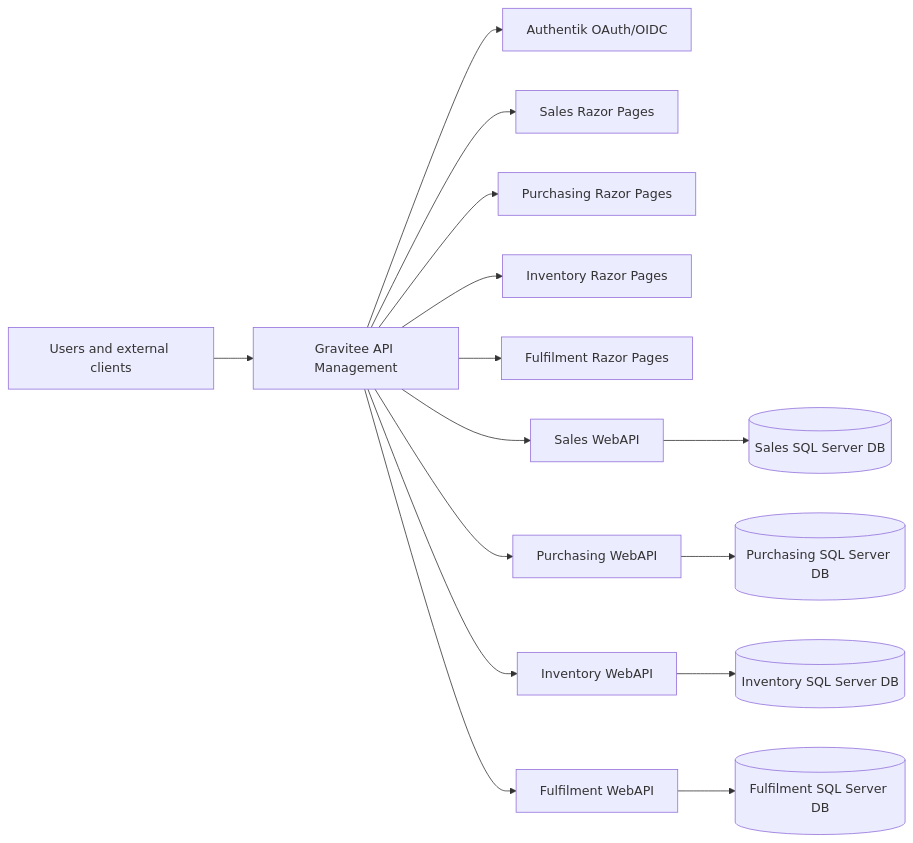
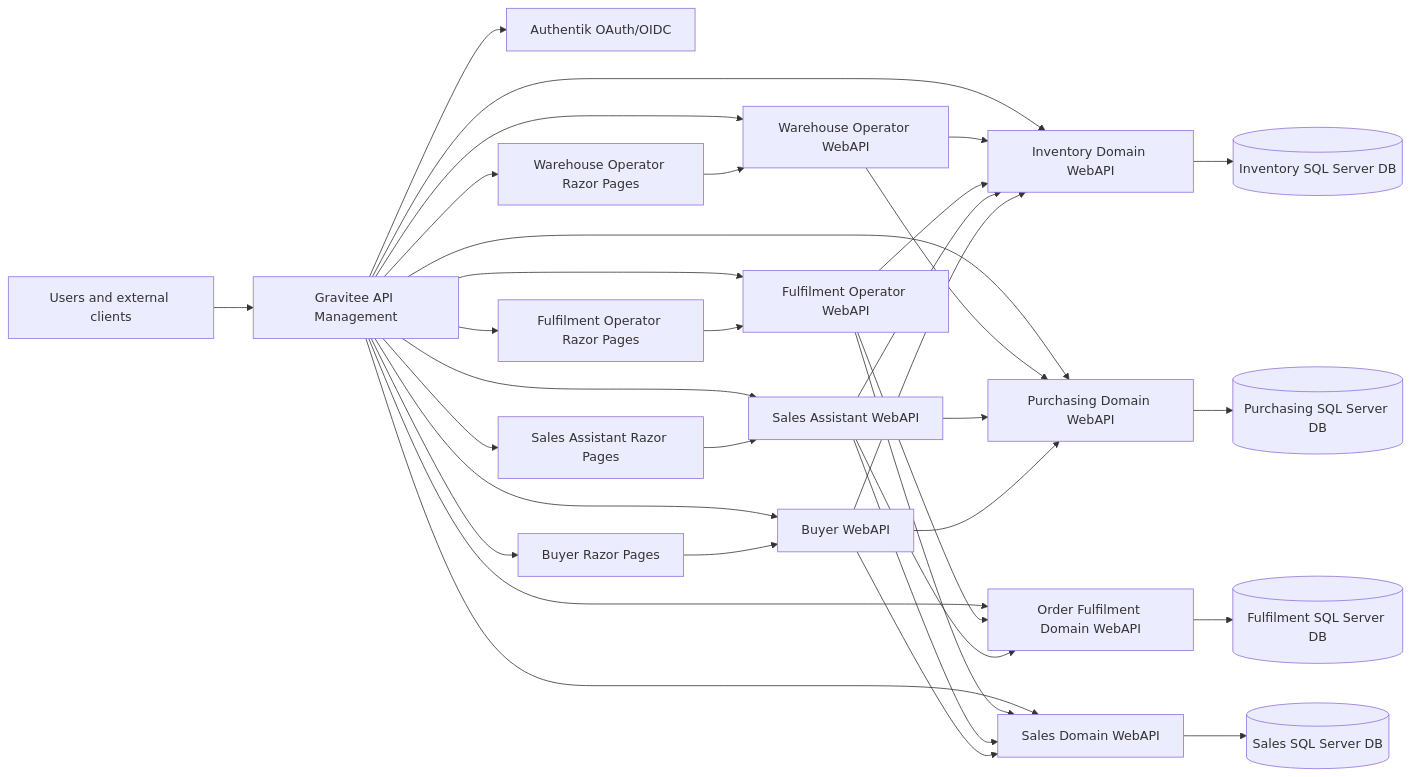
Before and after one commit to ben-cottrell/acme-erp: the diagram in docs/architecture/overview.md, drawn with Mermaid. The commit also changed other lines of this file and 34 other files, not shown here.

Commit message:
update architecture

````diff
--- a/docs/architecture/overview.md
+++ b/docs/architecture/overview.md
@@ -70,17 +86,37 @@
 ```mermaid
 flowchart LR
     User[Users and external clients] --> Gravitee[Gravitee API Management]
     Gravitee --> Authentik[Authentik OAuth/OIDC]
-    Gravitee --> SalesUi[Sales Razor Pages]
-    Gravitee --> PurchasingUi[Purchasing Razor Pages]
-    Gravitee --> InventoryUi[Inventory Razor Pages]
-    Gravitee --> FulfilmentUi[Fulfilment Razor Pages]
-    Gravitee --> SalesApi[Sales WebAPI]
-    Gravitee --> PurchasingApi[Purchasing WebAPI]
-    Gravitee --> InventoryApi[Inventory WebAPI]
-    Gravitee --> FulfilmentApi[Fulfilment WebAPI]
+    Gravitee --> WarehouseUi[Warehouse Operator Razor Pages]
+    Gravitee --> WarehouseApi[Warehouse Operator WebAPI]
+    Gravitee --> FulfilmentUi[Fulfilment Operator Razor Pages]
+    Gravitee --> FulfilmentAppApi[Fulfilment Operator WebAPI]
+    Gravitee --> SalesAssistantUi[Sales Assistant Razor Pages]
+    Gravitee --> SalesAssistantApi[Sales Assistant WebAPI]
+    Gravitee --> BuyerUi[Buyer Razor Pages]
+    Gravitee --> BuyerApi[Buyer WebAPI]
+    Gravitee --> SalesApi[Sales Domain WebAPI]
+    Gravitee --> PurchasingApi[Purchasing Domain WebAPI]
+    Gravitee --> InventoryApi[Inventory Domain WebAPI]
+    Gravitee --> FulfilmentApi[Order Fulfilment Domain WebAPI]
+    WarehouseUi --> WarehouseApi
+    FulfilmentUi --> FulfilmentAppApi
+    SalesAssistantUi --> SalesAssistantApi
+    BuyerUi --> BuyerApi
+    WarehouseApi --> InventoryApi
+    WarehouseApi --> PurchasingApi
+    FulfilmentAppApi --> FulfilmentApi
+    FulfilmentAppApi --> SalesApi
+    FulfilmentAppApi --> InventoryApi
+    SalesAssistantApi --> SalesApi
+    SalesAssistantApi --> InventoryApi
+    SalesAssistantApi --> PurchasingApi
+    SalesAssistantApi --> FulfilmentApi
+    BuyerApi --> PurchasingApi
+    BuyerApi --> SalesApi
+    BuyerApi --> InventoryApi
     SalesApi --> SalesDb[(Sales SQL Server DB)]
     PurchasingApi --> PurchasingDb[(Purchasing SQL Server DB)]
     InventoryApi --> InventoryDb[(Inventory SQL Server DB)]
     FulfilmentApi --> FulfilmentDb[(Fulfilment SQL Server DB)]
 ```
````
